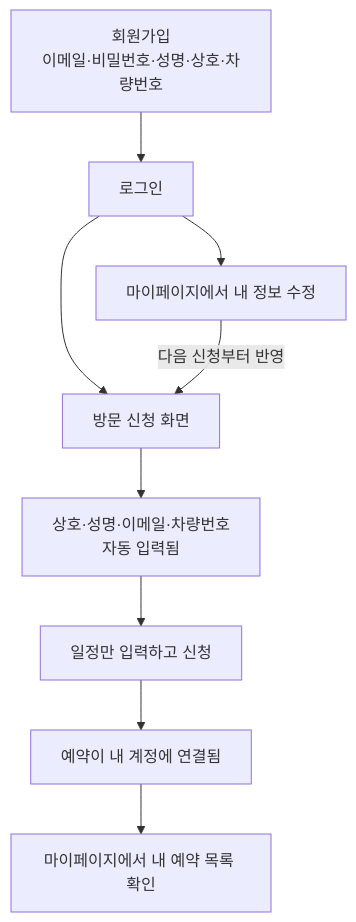
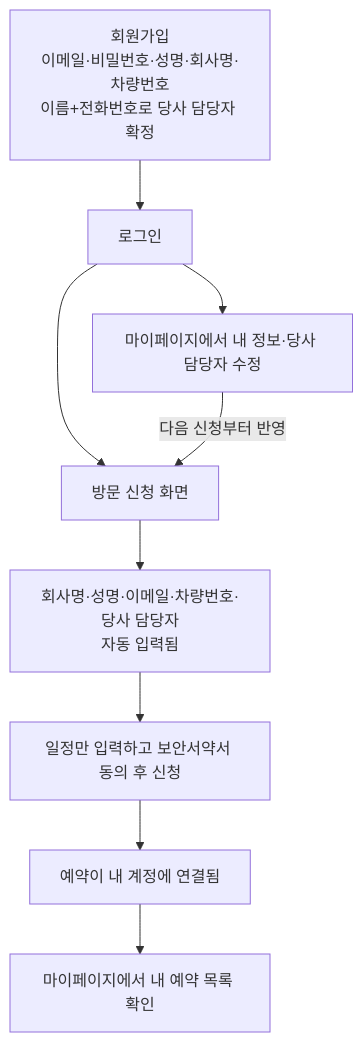
Before and after one commit to leejyeone/ParkingSystem: the third of 6 diagrams in README.md, drawn with Mermaid. The commit also changed other lines of this file, not shown here.

````diff
--- a/README.md
+++ b/README.md
@@ -338,11 +373,11 @@
 ```mermaid
 flowchart TD
-    A[회원가입<br/>이메일·비밀번호·성명·상호·차량번호] --> B[로그인]
+    A[회원가입<br/>이메일·비밀번호·성명·회사명·차량번호<br/>이름+전화번호로 당사 담당자 확정] --> B[로그인]
     B --> C[방문 신청 화면]
-    C --> D[상호·성명·이메일·차량번호<br/>자동 입력됨]
-    D --> E[일정만 입력하고 신청]
+    C --> D[회사명·성명·이메일·차량번호·당사 담당자<br/>자동 입력됨]
+    D --> E[일정만 입력하고 보안서약서 동의 후 신청]
     E --> F[예약이 내 계정에 연결됨]
     F --> G[마이페이지에서 내 예약 목록 확인]
-    B --> H[마이페이지에서 내 정보 수정]
+    B --> H[마이페이지에서 내 정보·당사 담당자 수정]
     H -->|다음 신청부터 반영| C
 ```
````
